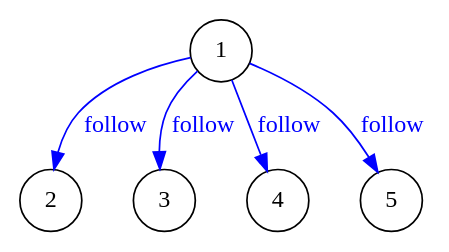
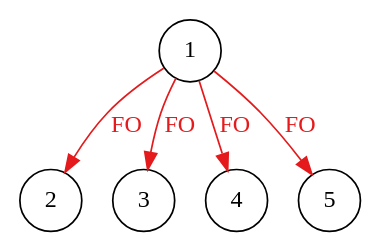
The diagram in src/main/graphviz/social_network_graph.gv (mvanmeerbeck/RCP216-higgs-twitter), drawn with Graphviz before and after one commit. The commit also changed 3 other files, not shown here.

Commit message:
- dot graphs activity / social network - color palette

```diff
--- a/src/main/graphviz/social_network_graph.gv
+++ b/src/main/graphviz/social_network_graph.gv
@@ -1,8 +1,8 @@
 digraph G {
     node [shape=circle];
-    edge [color=blue, fontcolor="blue"];
-    1 -> 2 [label="follow"];
-    1 -> 3 [label="follow"];
-    1 -> 4 [label="follow"];
-    1 -> 5 [label="follow"];
+    edge [color="#e41a1c", fontcolor="#e41a1c"];
+    1 -> 2 [label="FO"];
+    1 -> 3 [label="FO"];
+    1 -> 4 [label="FO"];
+    1 -> 5 [label="FO"];
 }
```
